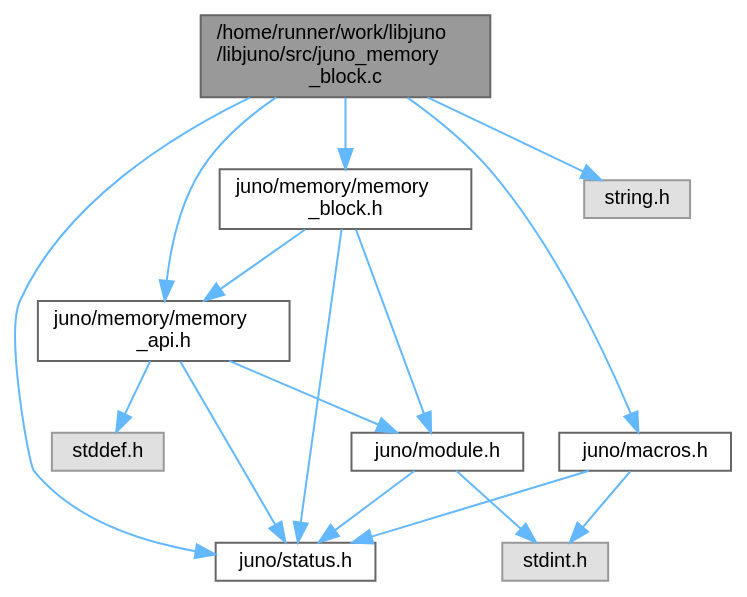
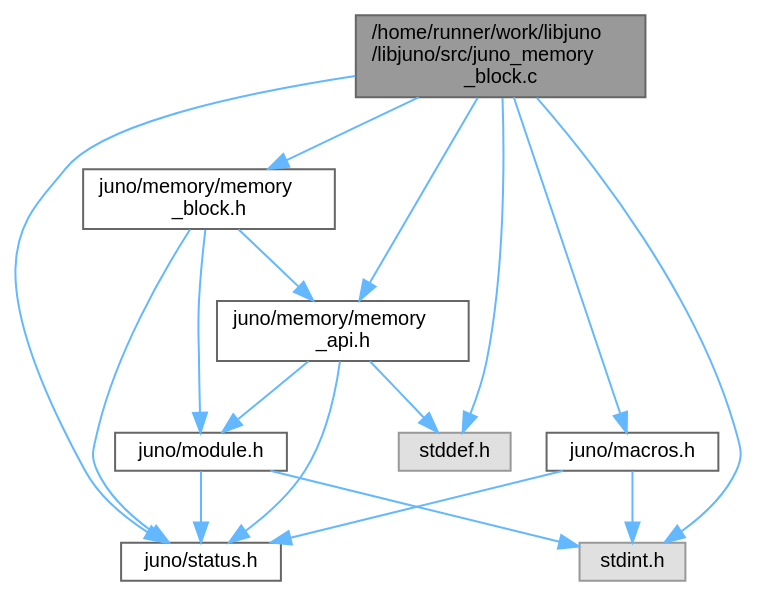
Before and after one commit to robinonsay/libjuno: the diagram in juno__memory__block_8c__incl.dot, drawn with Graphviz. The commit also changed 155 other files, not shown here.

```diff
--- a/juno__memory__block_8c__incl.dot
+++ b/juno__memory__block_8c__incl.dot
@@ -1,31 +1,31 @@
 digraph "/home/runner/work/libjuno/libjuno/src/juno_memory_block.c"
 {
  // LATEX_PDF_SIZE
   bgcolor="transparent";
   edge [fontname=Helvetica,fontsize=10,labelfontname=Helvetica,labelfontsize=10];
   node [fontname=Helvetica,fontsize=10,shape=box,height=0.2,width=0.4];
   Node1 [id="Node000001",label="/home/runner/work/libjuno\l/libjuno/src/juno_memory\l_block.c",height=0.2,width=0.4,color="gray40", fillcolor="grey60", style="filled", fontcolor="black",tooltip=" "];
   Node1 -> Node2 [id="edge1_Node000001_Node000002",color="steelblue1",style="solid",tooltip=" "];
   Node2 [id="Node000002",label="juno/memory/memory\l_block.h",height=0.2,width=0.4,color="grey40", fillcolor="white", style="filled",URL="$memory__block_8h.html",tooltip=" "];
   Node2 -> Node3 [id="edge2_Node000002_Node000003",color="steelblue1",style="solid",tooltip=" "];
   Node3 [id="Node000003",label="juno/module.h",height=0.2,width=0.4,color="grey40", fillcolor="white", style="filled",URL="$module_8h.html",tooltip=" "];
   Node3 -> Node4 [id="edge3_Node000003_Node000004",color="steelblue1",style="solid",tooltip=" "];
   Node4 [id="Node000004",label="juno/status.h",height=0.2,width=0.4,color="grey40", fillcolor="white", style="filled",URL="$status_8h.html",tooltip=" "];
   Node3 -> Node5 [id="edge4_Node000003_Node000005",color="steelblue1",style="solid",tooltip=" "];
   Node5 [id="Node000005",label="stdint.h",height=0.2,width=0.4,color="grey60", fillcolor="#E0E0E0", style="filled",tooltip=" "];
   Node2 -> Node4 [id="edge5_Node000002_Node000004",color="steelblue1",style="solid",tooltip=" "];
   Node2 -> Node6 [id="edge6_Node000002_Node000006",color="steelblue1",style="solid",tooltip=" "];
   Node6 [id="Node000006",label="juno/memory/memory\l_api.h",height=0.2,width=0.4,color="grey40", fillcolor="white", style="filled",URL="$memory__api_8h.html",tooltip=" "];
   Node6 -> Node4 [id="edge7_Node000006_Node000004",color="steelblue1",style="solid",tooltip=" "];
   Node6 -> Node3 [id="edge8_Node000006_Node000003",color="steelblue1",style="solid",tooltip=" "];
   Node6 -> Node7 [id="edge9_Node000006_Node000007",color="steelblue1",style="solid",tooltip=" "];
   Node7 [id="Node000007",label="stddef.h",height=0.2,width=0.4,color="grey60", fillcolor="#E0E0E0", style="filled",tooltip=" "];
   Node1 -> Node8 [id="edge10_Node000001_Node000008",color="steelblue1",style="solid",tooltip=" "];
   Node8 [id="Node000008",label="juno/macros.h",height=0.2,width=0.4,color="grey40", fillcolor="white", style="filled",URL="$macros_8h.html",tooltip=" "];
   Node8 -> Node4 [id="edge11_Node000008_Node000004",color="steelblue1",style="solid",tooltip=" "];
   Node8 -> Node5 [id="edge12_Node000008_Node000005",color="steelblue1",style="solid",tooltip=" "];
   Node1 -> Node4 [id="edge13_Node000001_Node000004",color="steelblue1",style="solid",tooltip=" "];
   Node1 -> Node6 [id="edge14_Node000001_Node000006",color="steelblue1",style="solid",tooltip=" "];
-  Node1 -> Node9 [id="edge15_Node000001_Node000009",color="steelblue1",style="solid",tooltip=" "];
-  Node9 [id="Node000009",label="string.h",height=0.2,width=0.4,color="grey60", fillcolor="#E0E0E0", style="filled",tooltip=" "];
+  Node1 -> Node7 [id="edge15_Node000001_Node000007",color="steelblue1",style="solid",tooltip=" "];
+  Node1 -> Node5 [id="edge16_Node000001_Node000005",color="steelblue1",style="solid",tooltip=" "];
 }
```
